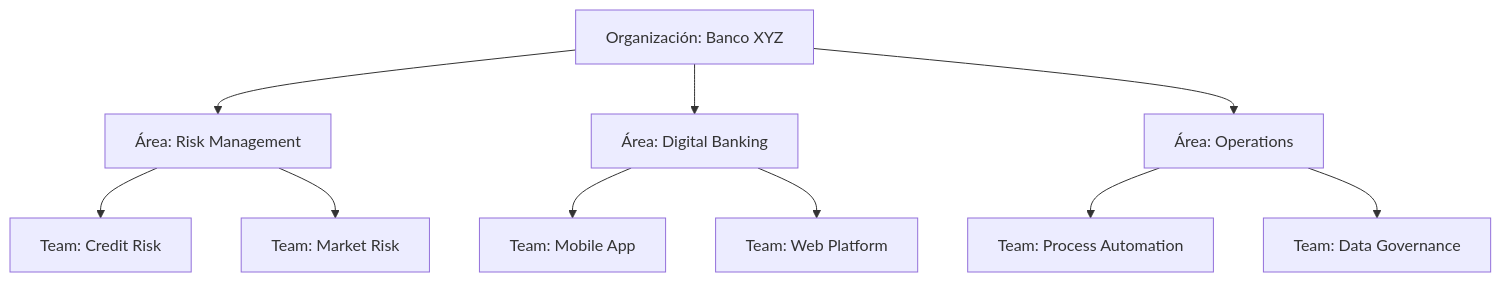
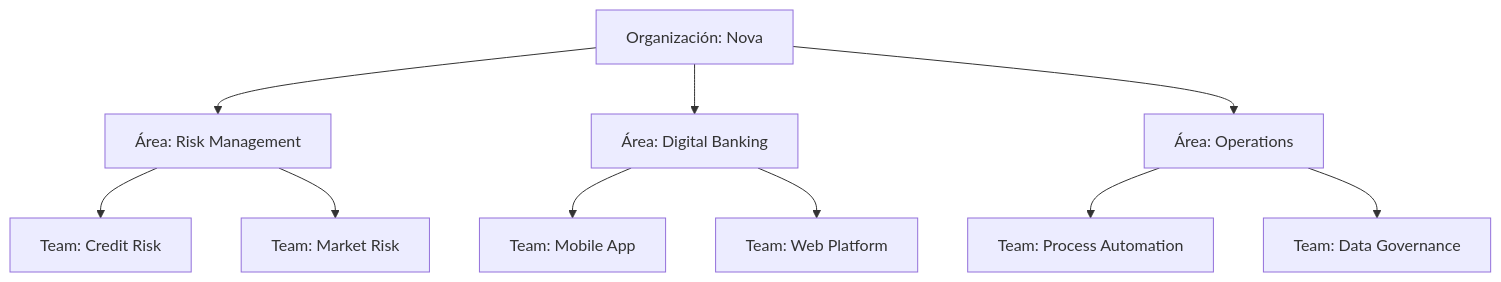
The fourth of 7 diagrams in gov-portal-full/docs/servicios/plataforma/nova-cell-webui.md (dannyawf/ai-coe), drawn with Mermaid before and after one commit. The commit also changed 5 other files, not shown here.

First line of the commit message:
fix: Reemplazar referencias Banco XYZ y reorganizar servicios

````diff
--- a/gov-portal-full/docs/servicios/plataforma/nova-cell-webui.md
+++ b/gov-portal-full/docs/servicios/plataforma/nova-cell-webui.md
@@ -679,15 +679,15 @@
 ```mermaid
 graph TD
-    A[Organización: Banco XYZ] --> B[Área: Risk Management]
+    A[Organización: Nova] --> B[Área: Risk Management]
     A --> C[Área: Digital Banking]
     A --> D[Área: Operations]
     
     B --> E[Team: Credit Risk]
     B --> F[Team: Market Risk]
     
     C --> G[Team: Mobile App]
     C --> H[Team: Web Platform]
     
     D --> I[Team: Process Automation]
     D --> J[Team: Data Governance]
 ```
````
